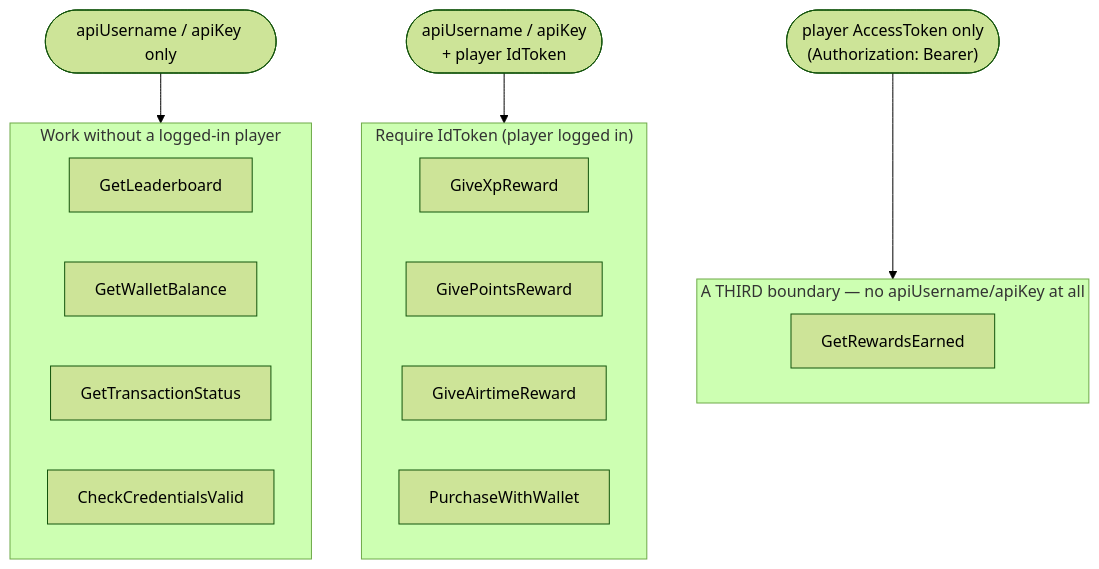
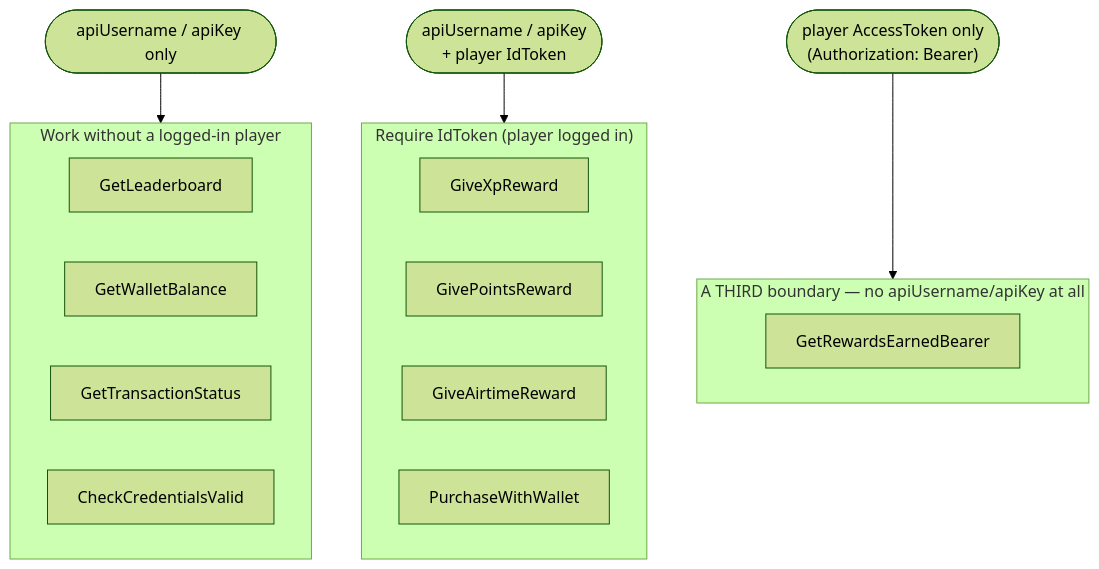
One commit to Jiwe-Studio/wallet-sdk-unity changed the second of 5 diagrams in README.md. Above: the diagram before and after it, drawn with Mermaid (forest theme). The commit also changed other lines of this file and 2 other files, not shown here.

````diff
--- a/README.md
+++ b/README.md
@@ -55,24 +64,24 @@
 ```mermaid
 flowchart TB
     subgraph NoLoginNeeded["Work without a logged-in player"]
         direction LR
         L1["GetLeaderboard"]
         L2["GetWalletBalance"]
         L3["GetTransactionStatus"]
         L4["CheckCredentialsValid"]
     end
     subgraph LoginRequired["Require IdToken (player logged in)"]
         direction LR
         R1["GiveXpReward"]
         R2["GivePointsReward"]
         R3["GiveAirtimeReward"]
         R4["PurchaseWithWallet"]
     end
     subgraph BearerOnly["A THIRD boundary — no apiUsername/apiKey at all"]
         direction LR
-        B1["GetRewardsEarned"]
+        B1["GetRewardsEarnedBearer"]
     end
     Static(["apiUsername / apiKey only"]) --> NoLoginNeeded
     Token(["apiUsername / apiKey\n+ player IdToken"]) --> LoginRequired
     Bearer(["player AccessToken only\n(Authorization: Bearer)"]) --> BearerOnly
 ```
````
